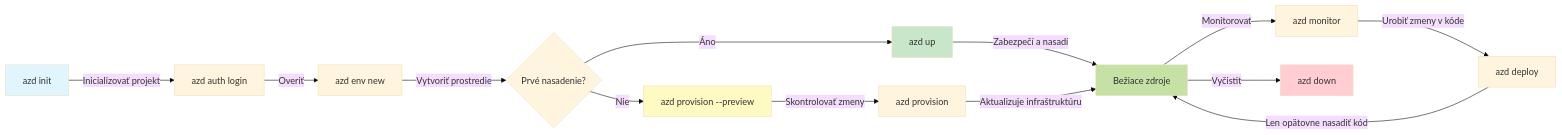
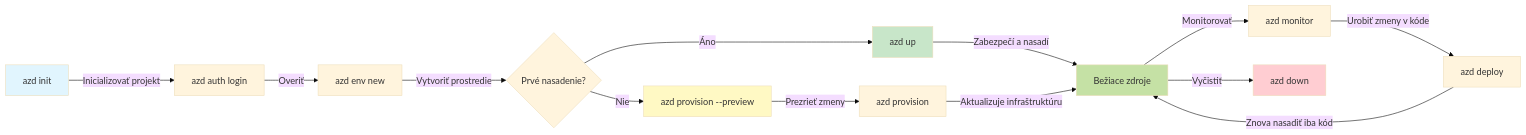
One commit to microsoft/AZD-for-beginners changed the first of 2 diagrams in translations/sk/docs/chapter-01-foundation/azd-basics.md. Above: the diagram before and after it, drawn with Mermaid (base theme). The commit also changed other lines of this file and 104 other files, not shown here.

````diff
--- a/translations/sk/docs/chapter-01-foundation/azd-basics.md
+++ b/translations/sk/docs/chapter-01-foundation/azd-basics.md
@@ -269,21 +269,21 @@
 ```mermaid
 graph LR
     A[azd init] -->|Inicializovať projekt| B[azd auth login]
     B -->|Overiť| C[azd env new]
     C -->|Vytvoriť prostredie| D{Prvé nasadenie?}
     D -->|Áno| E[azd up]
     D -->|Nie| F[azd provision --preview]
-    F -->|Skontrolovať zmeny| G[azd provision]
+    F -->|Prezrieť zmeny| G[azd provision]
     E -->|Zabezpečí a nasadí| H[Bežiace zdroje]
     G -->|Aktualizuje infraštruktúru| H
     H -->|Monitorovať| I[azd monitor]
     I -->|Urobiť zmeny v kóde| J[azd deploy]
-    J -->|Len opätovne nasadiť kód| H
+    J -->|Znova nasadiť iba kód| H
     H -->|Vyčistiť| K[azd down]
     
     style A fill:#e1f5fe
     style E fill:#c8e6c9
     style F fill:#fff9c4
     style H fill:#c5e1a5
     style K fill:#ffcdd2
 ```
````
